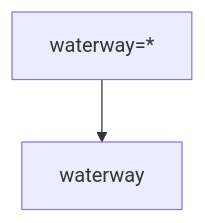
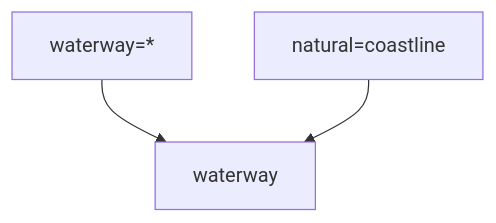
One commit to MathiasGroebe/Graubrot changed the seventh of 13 diagrams in LAYERS.md. Above: the diagram before and after it, drawn with Mermaid.

Commit message:
update LAYERS.md for natural=coastline change

````diff
--- a/LAYERS.md
+++ b/LAYERS.md
@@ -172,4 +172,5 @@
 ```mermaid
 graph TD;
     a[waterway=*]-->waterway;
+    b[natural=coastline]-->waterway;
 ```
````
